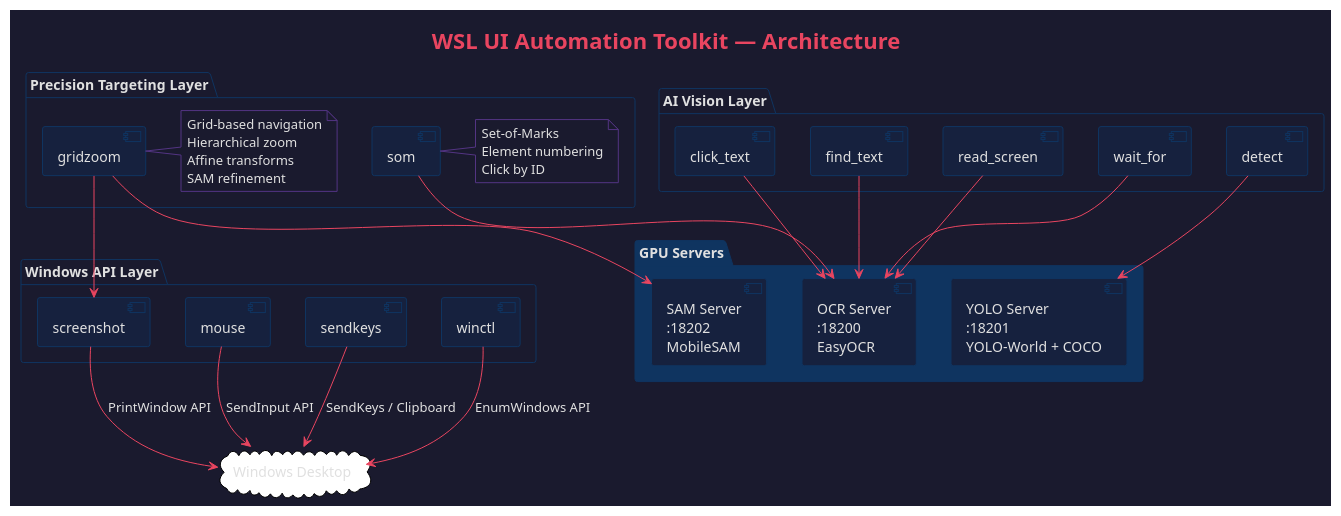
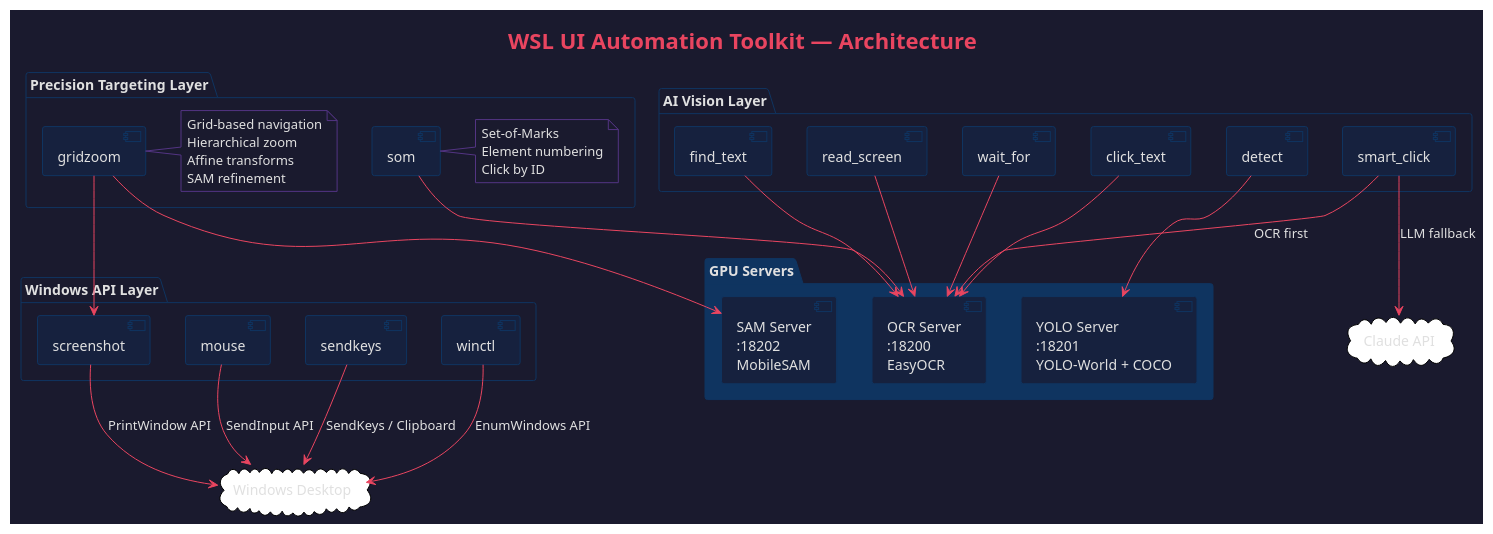
The diagram in docs/diagrams/architecture.puml (gradusnikov/wsl-ui-automation), drawn with PlantUML before and after one commit. The commit also changed 3 other files, not shown here.

First line of the commit message:
Update architecture and strategy diagrams for smart_click

```diff
--- a/docs/diagrams/architecture.puml
+++ b/docs/diagrams/architecture.puml
@@ -1,70 +1,76 @@
 @startuml architecture
 !theme plain
 skinparam backgroundColor #1a1a2e
 skinparam defaultFontColor #e0e0e0
 skinparam componentBackgroundColor #16213e
 skinparam componentBorderColor #0f3460
 skinparam packageBackgroundColor #1a1a2e
 skinparam packageBorderColor #0f3460
 skinparam arrowColor #e94560
 skinparam noteBorderColor #533483
 skinparam noteBackgroundColor #1a1a2e
 skinparam titleFontColor #e94560
 
 title WSL UI Automation Toolkit — Architecture
 
 package "Precision Targeting Layer" as precision #1a1a2e {
   [gridzoom] as gz
   [som] as som
   note right of gz
     Grid-based navigation
     Hierarchical zoom
     Affine transforms
     SAM refinement
   end note
   note right of som
     Set-of-Marks
     Element numbering
     Click by ID
   end note
 }
 
 package "AI Vision Layer" as vision #1a1a2e {
+  [smart_click] as sc
   [click_text] as ct
   [find_text] as ft
   [read_screen] as rs
   [wait_for] as wf
   [detect] as det
 }
 
 package "GPU Servers" as servers #0f3460 {
   [OCR Server\n:18200\nEasyOCR] as ocr
   [YOLO Server\n:18201\nYOLO-World + COCO] as yolo
   [SAM Server\n:18202\nMobileSAM] as sam
 }
 
+cloud "Claude API" as api {
+}
+
 package "Windows API Layer" as winapi #1a1a2e {
   [screenshot] as ss
   [mouse] as m
   [sendkeys] as sk
   [winctl] as wc
 }
 
 cloud "Windows Desktop" as desktop {
 }
 
+sc --> ocr : OCR first
+sc --> api : LLM fallback
 ct --> ocr
 ft --> ocr
 rs --> ocr
 wf --> ocr
 som --> ocr
 det --> yolo
 gz --> sam
 gz --> ss
 
 ss --> desktop : PrintWindow API
 m --> desktop : SendInput API
 sk --> desktop : SendKeys / Clipboard
 wc --> desktop : EnumWindows API
 
 @enduml
```
